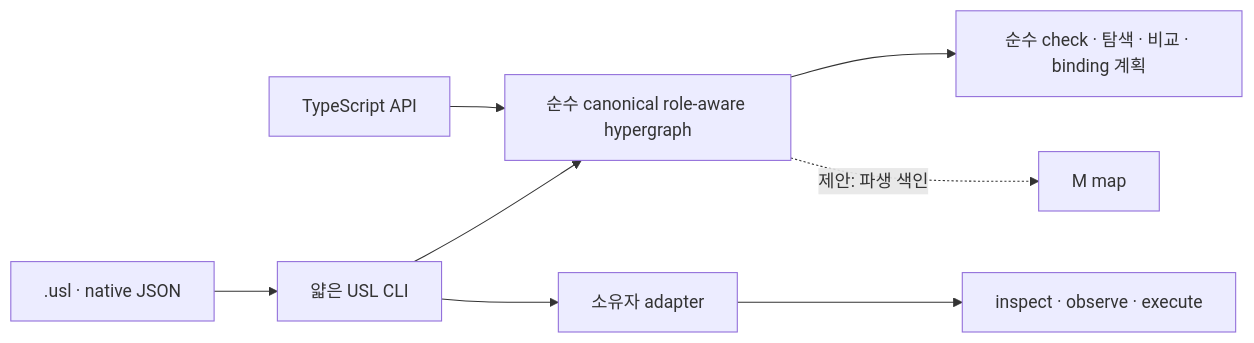
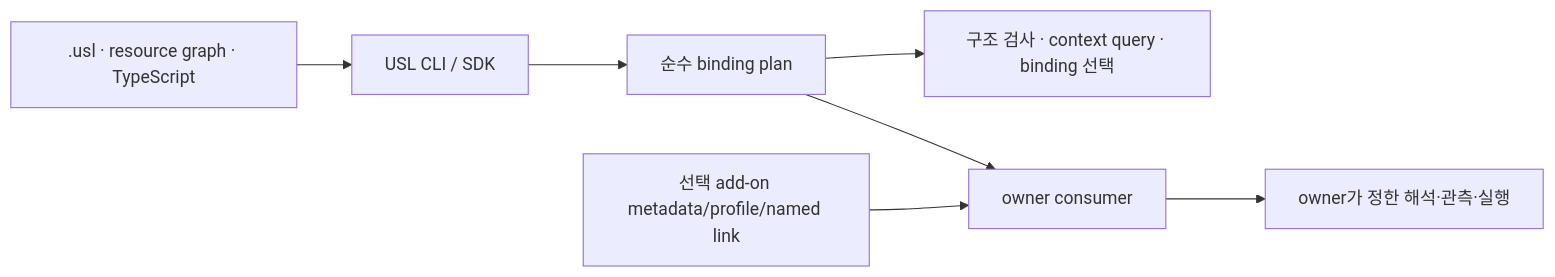
One commit to gj3447/USL changed the diagram in docs/SYNTAX_CLI_GRAPH_ARCHITECTURE.md. Above: the diagram before and after it, drawn with Mermaid. The commit also changed other lines of this file and 11 other files, not shown here.

First line of the commit message:
docs: keep USL a simple binding syntax with optional addon rules

````diff
--- a/docs/SYNTAX_CLI_GRAPH_ARCHITECTURE.md
+++ b/docs/SYNTAX_CLI_GRAPH_ARCHITECTURE.md
@@ -19,10 +19,9 @@
 ```mermaid
 flowchart LR
-  S[.usl · native JSON] --> C[얇은 USL CLI]
-  C --> P[순수 canonical role-aware hypergraph]
-  T[TypeScript API] --> P
-  P --> Q[순수 check · 탐색 · 비교 · binding 계획]
-  P -. 제안: 파생 색인 .-> M[M map]
-  C --> A[소유자 adapter]
-  A --> E[inspect · observe · execute]
+  S[.usl · resource graph · TypeScript] --> C[USL CLI / SDK]
+  C --> P[순수 binding plan]
+  P --> Q[구조 검사 · context query · binding 선택]
+  A[선택 add-on metadata/profile/named link] --> O[owner consumer]
+  P --> O
+  O --> X[owner가 정한 해석·관측·실행]
 ```
````
